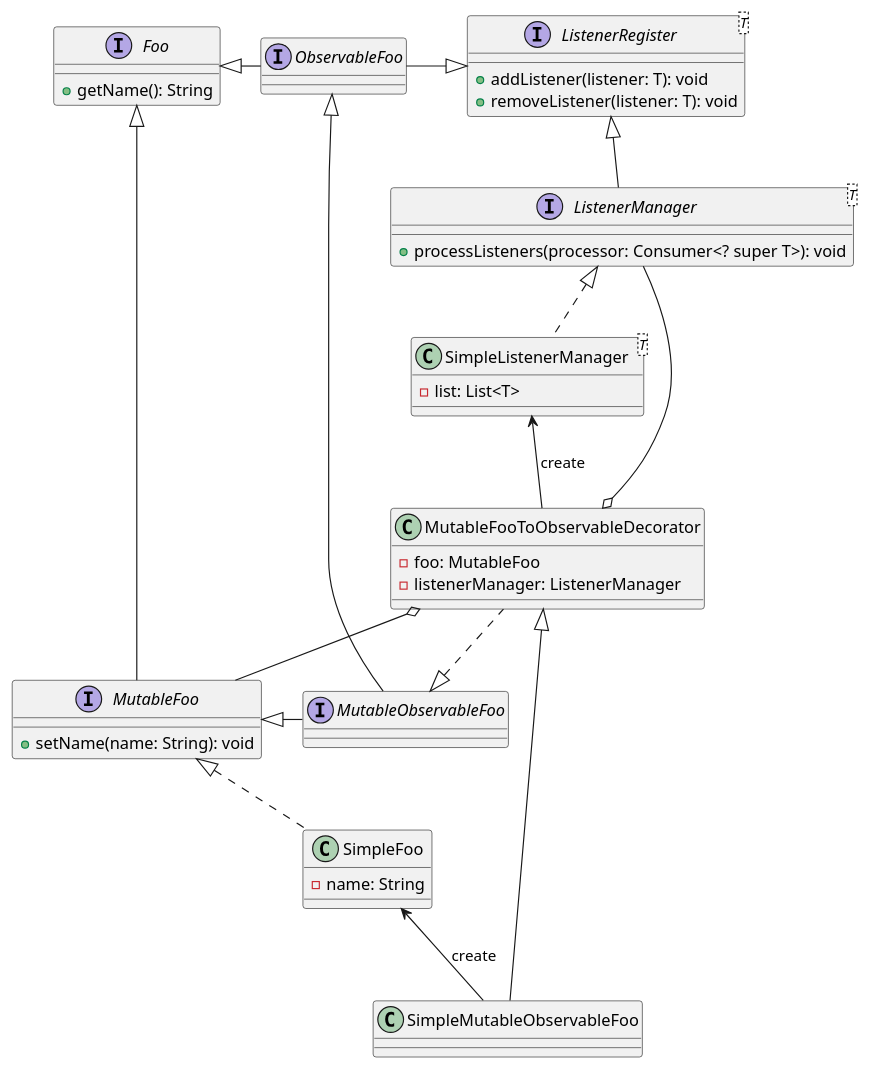
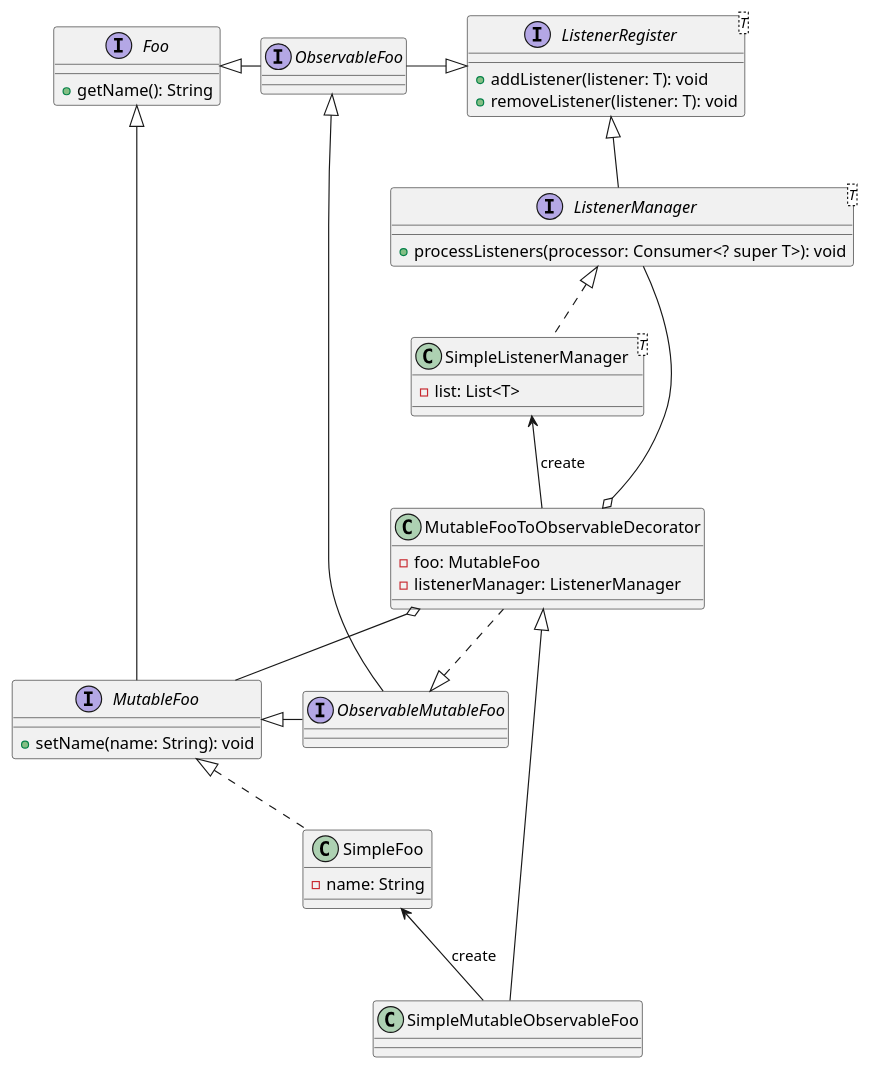
The diagram in kotlinvalvar/kotlinvalvar/doc/observable.puml (t-kgd/blog), drawn with PlantUML before and after one commit. The commit also changed 1 other file, not shown here.

```diff
--- a/kotlinvalvar/kotlinvalvar/doc/observable.puml
+++ b/kotlinvalvar/kotlinvalvar/doc/observable.puml
@@ -1,62 +1,62 @@
 @startuml
 
 interface Foo {
 +getName(): String
 }
 
 Foo <|-- MutableFoo
 interface MutableFoo {
 +setName(name: String): void
 }
 
 MutableFoo <|.. SimpleFoo
 class SimpleFoo {
 -name: String
 '+<<override>> getName(): String
 '+<<override>> setName(name: String): void
 }
 
 interface ListenerRegister<T> {
 +addListener(listener: T): void
 +removeListener(listener: T): void
 }
 
 ListenerRegister <|-- ListenerManager
 interface ListenerManager<T> {
 +processListeners(processor: Consumer<? super T>): void
 }
 
 ListenerManager <|.. SimpleListenerManager
 class SimpleListenerManager<T> {
 -list: List<T>
 '+<<override>> addListener(listener: T): void
 '+<<override>> removeListener(listener: T): void
 '+<<override>>processListeners(processor: Consumer<? super T>): void
 }
 
 Foo <|- ObservableFoo
 ListenerRegister <|-l ObservableFoo
 interface ObservableFoo {
 }
 
-ObservableFoo <|-- MutableObservableFoo
-MutableFoo <|- MutableObservableFoo
-interface MutableObservableFoo {
+ObservableFoo <|-- ObservableMutableFoo
+MutableFoo <|- ObservableMutableFoo
+interface ObservableMutableFoo {
 }
 
-MutableObservableFoo <|.. MutableFooToObservableDecorator
+ObservableMutableFoo <|.. MutableFooToObservableDecorator
 class MutableFooToObservableDecorator {
 -foo: MutableFoo
 '-listenerManager: ListenerManager<Consumer<Foo>>
 -listenerManager: ListenerManager
 }
 MutableFooToObservableDecorator o-- MutableFoo
 MutableFooToObservableDecorator o- ListenerManager
 SimpleListenerManager <-- MutableFooToObservableDecorator : create
 
 MutableFooToObservableDecorator <|-- SimpleMutableObservableFoo
 class SimpleMutableObservableFoo {
 }
 SimpleFoo <-- SimpleMutableObservableFoo : create
 
 @enduml
```
